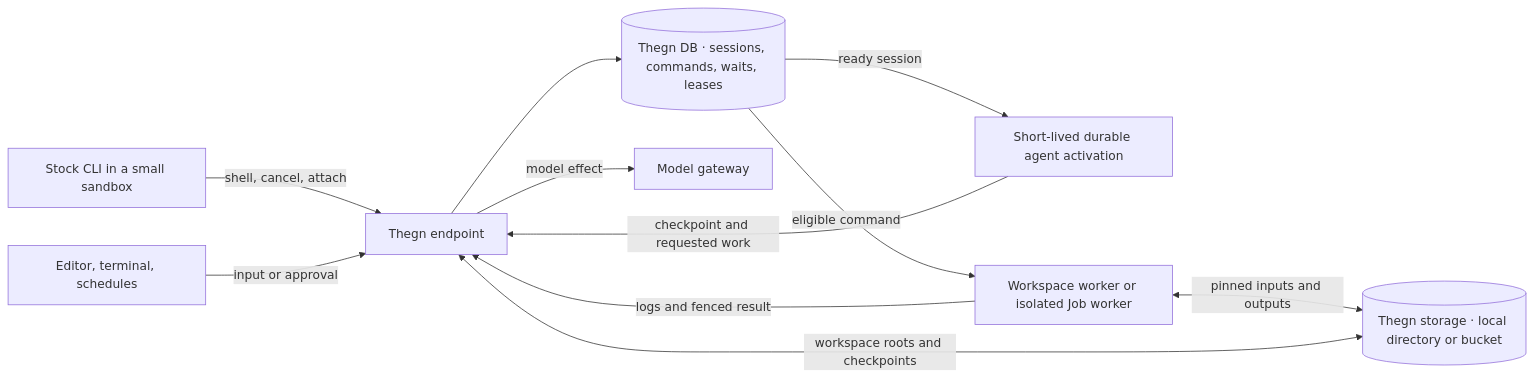
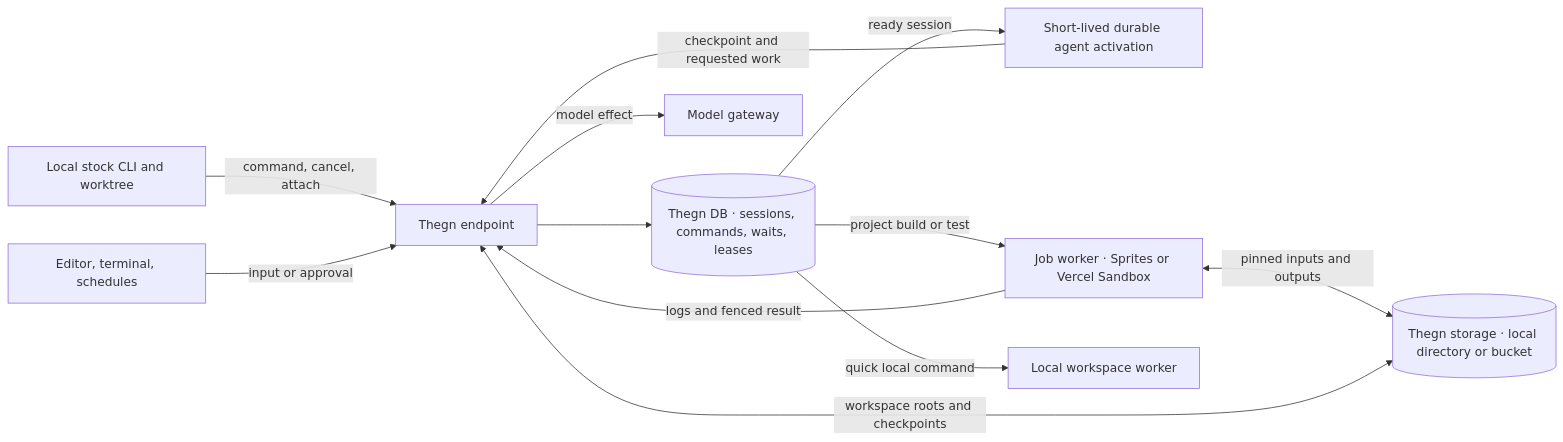
The diagram in docs/rfcs/agent-execution.md (blakeashleyjr/thegn), drawn with Mermaid before and after one commit. The commit also changed other lines of this file and 2 other files, not shown here.

First line of the commit message:
docs(rfc): the first release sends builds and tests to a project runner

````diff
--- a/docs/rfcs/agent-execution.md
+++ b/docs/rfcs/agent-execution.md
@@ -26,13 +45,14 @@
 ```mermaid
 flowchart LR
-    CLI["Stock CLI in a small sandbox"] -->|"shell, cancel, attach"| API["Thegn endpoint"]
+    CLI["Local stock CLI and worktree"] -->|"command, cancel, attach"| API["Thegn endpoint"]
     UI["Editor, terminal, schedules"] -->|"input or approval"| API
     API --> DB[("Thegn DB · sessions, commands, waits, leases")]
     DB -->|"ready session"| A["Short-lived durable agent activation"]
     A -->|"checkpoint and requested work"| API
     API -->|"model effect"| G["Model gateway"]
-    DB -->|"eligible command"| W["Workspace worker or isolated Job worker"]
+    DB -->|"project build or test"| W["Job worker · Sprites or Vercel Sandbox"]
+    DB -->|"quick local command"| L["Local workspace worker"]
     W -->|"logs and fenced result"| API
     W <-->|"pinned inputs and outputs"| CAS[("Thegn storage · local directory or bucket")]
     API <-->|"workspace roots and checkpoints"| CAS
 ```
````
